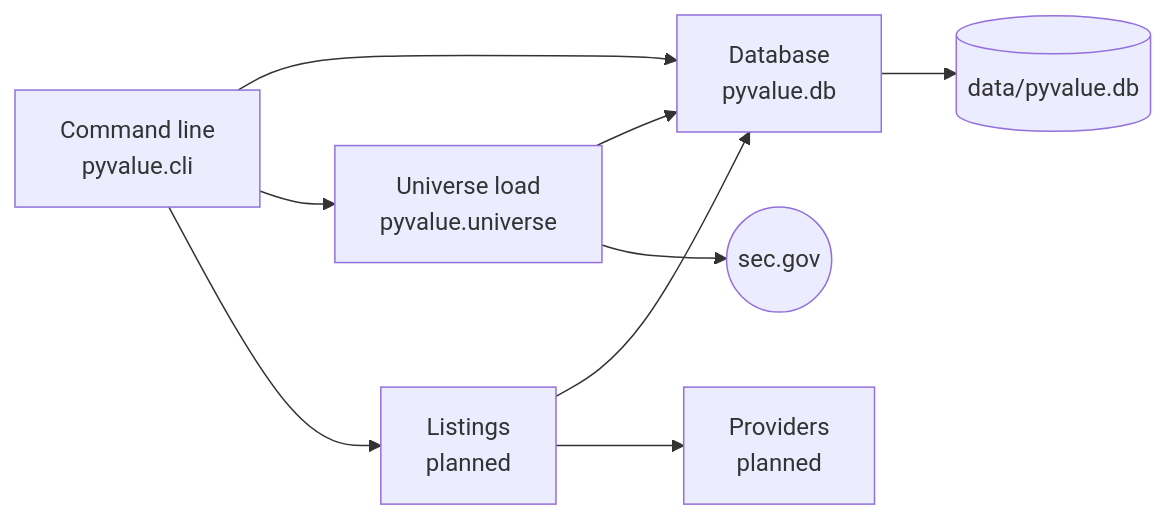
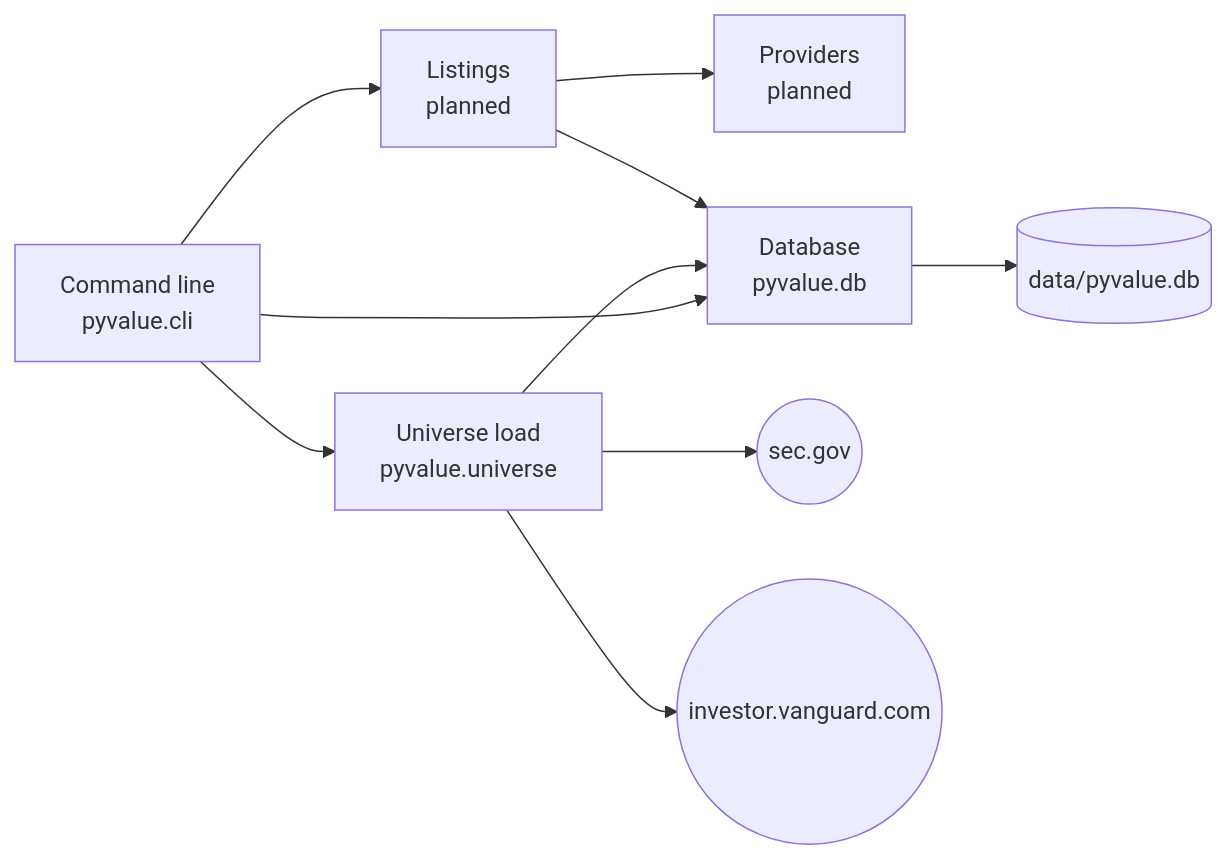
Before and after one commit to emretezel/pyvalue-next: the diagram in docs/architecture.md, drawn with Mermaid. The commit also changed other lines of this file and 31 other files, not shown here.

First line of the commit message:
universe: read each fund through its sponsor adapter

````diff
--- a/docs/architecture.md
+++ b/docs/architecture.md
@@ -21,19 +21,21 @@
 ```mermaid
 flowchart LR
     cli["Command line<br/>pyvalue.cli"]
     universe["Universe load<br/>pyvalue.universe"]
     listings["Listings<br/>planned"]
     providers["Providers<br/>planned"]
     db["Database<br/>pyvalue.db"]
     file[("data/pyvalue.db")]
     sec(("sec.gov"))
+    sponsor(("investor.vanguard.com"))
 
     cli --> db
     cli --> universe
     cli --> listings
     universe --> db
     universe --> sec
+    universe --> sponsor
     listings --> db
     listings --> providers
     db --> file
 ```
````
